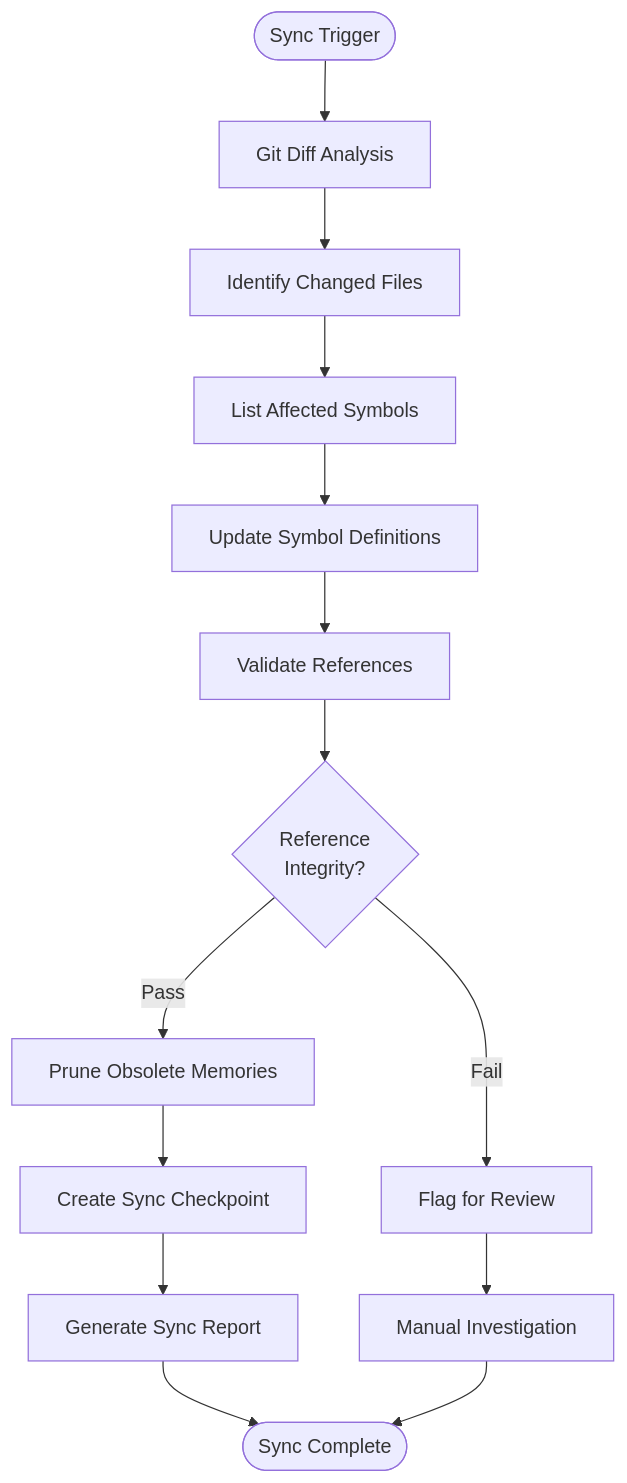
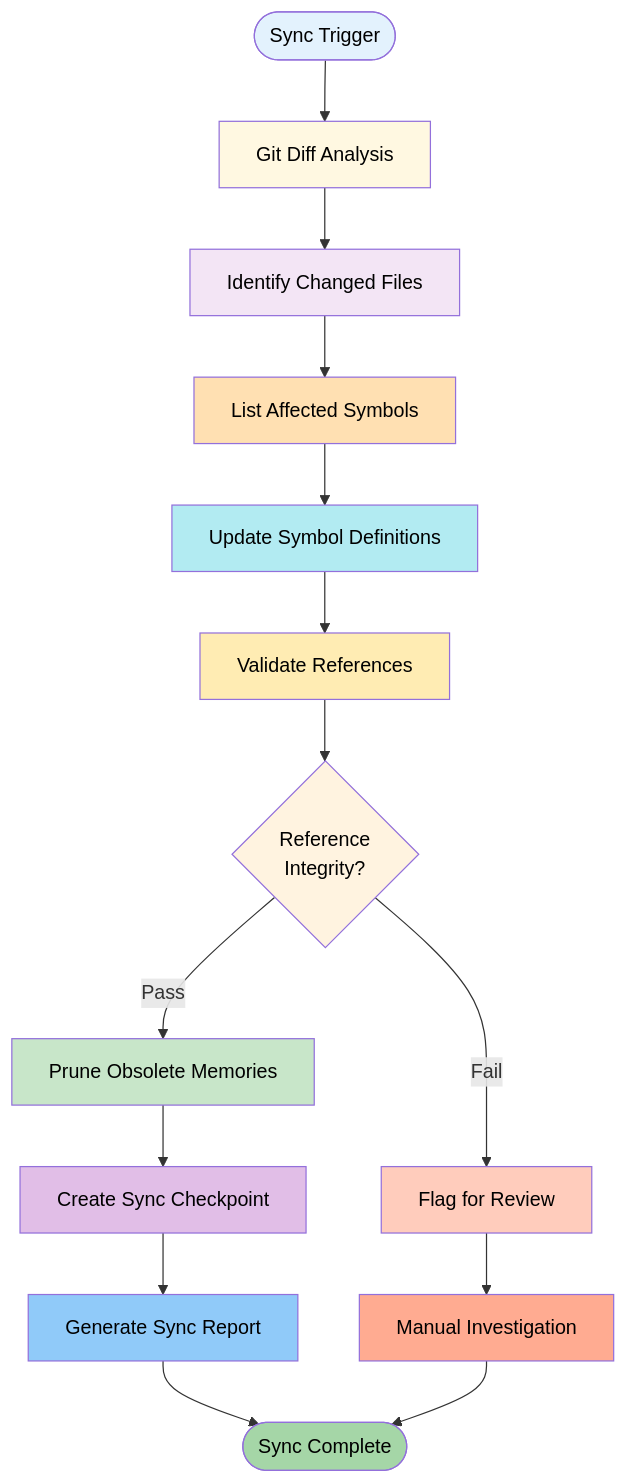
Before and after one commit to bprzybys-nc/ctx-eng-plus: the second of 7 diagrams in docs/04-self-healing-framework.md, drawn with Mermaid. The commit also changed other lines of this file and 8 other files, not shown here.

````diff
--- a/docs/04-self-healing-framework.md
+++ b/docs/04-self-healing-framework.md
@@ -137,16 +162,30 @@
 ```mermaid
 flowchart TB
     Start([Sync Trigger]) --> A[Git Diff Analysis]
     A --> B[Identify Changed Files]
     B --> C[List Affected Symbols]
     C --> D[Update Symbol Definitions]
     D --> E[Validate References]
     E --> F{Reference<br/>Integrity?}
     F -->|Pass| G[Prune Obsolete Memories]
     F -->|Fail| H[Flag for Review]
     H --> I[Manual Investigation]
     G --> J[Create Sync Checkpoint]
     J --> K[Generate Sync Report]
     K --> End([Sync Complete])
     I --> End
+
+    style Start fill:#e3f2fd,color:#000
+    style A fill:#fff8e1,color:#000
+    style B fill:#f3e5f5,color:#000
+    style C fill:#ffe0b2,color:#000
+    style D fill:#b2ebf2,color:#000
+    style E fill:#ffecb3,color:#000
+    style F fill:#fff3e0,color:#000
+    style G fill:#c8e6c9,color:#000
+    style H fill:#ffccbc,color:#000
+    style I fill:#ffab91,color:#000
+    style J fill:#e1bee7,color:#000
+    style K fill:#90caf9,color:#000
+    style End fill:#a5d6a7,color:#000
 ```
````
